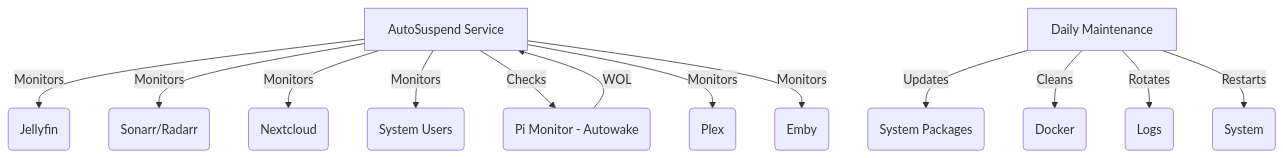
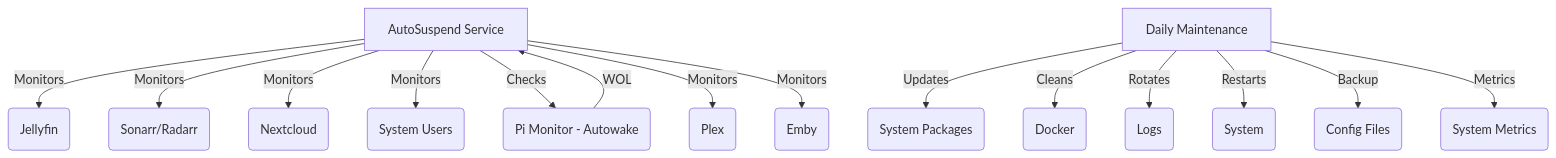
One commit to pirelike/mediaserver-autosuspend changed the diagram in README.md. Above: the diagram before and after it, drawn with Mermaid. The commit also changed other lines of this file, not shown here.

````diff
--- a/README.md
+++ b/README.md
@@ -338,15 +442,17 @@
 ```mermaid
 graph TD
     A[AutoSuspend Service] -->|Monitors| B(Jellyfin)
     A -->|Monitors| C(Sonarr/Radarr)
     A -->|Monitors| D(Nextcloud)
     A -->|Monitors| E(System Users)
     A -->|Checks| F(Pi Monitor - Autowake)
     A -->|Monitors| Z(Plex)
     A -->|Monitors| Y(Emby)
     F -->|WOL| A
     G[Daily Maintenance] -->|Updates| H(System Packages)
     G -->|Cleans| I(Docker)
     G -->|Rotates| J(Logs)
     G -->|Restarts| K(System)
+    G -->|Backup| L(Config Files)
+    G -->|Metrics| M(System Metrics)
 ```
````
